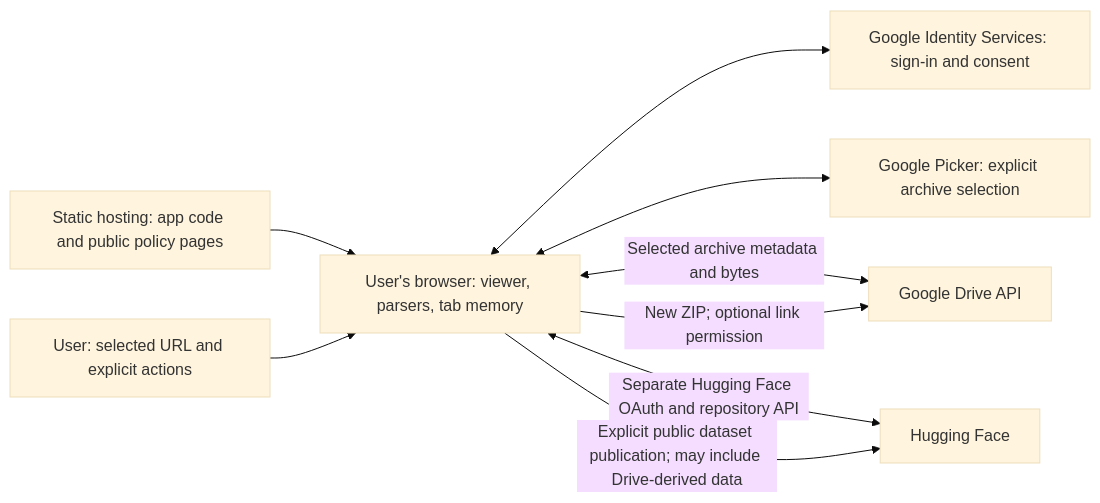
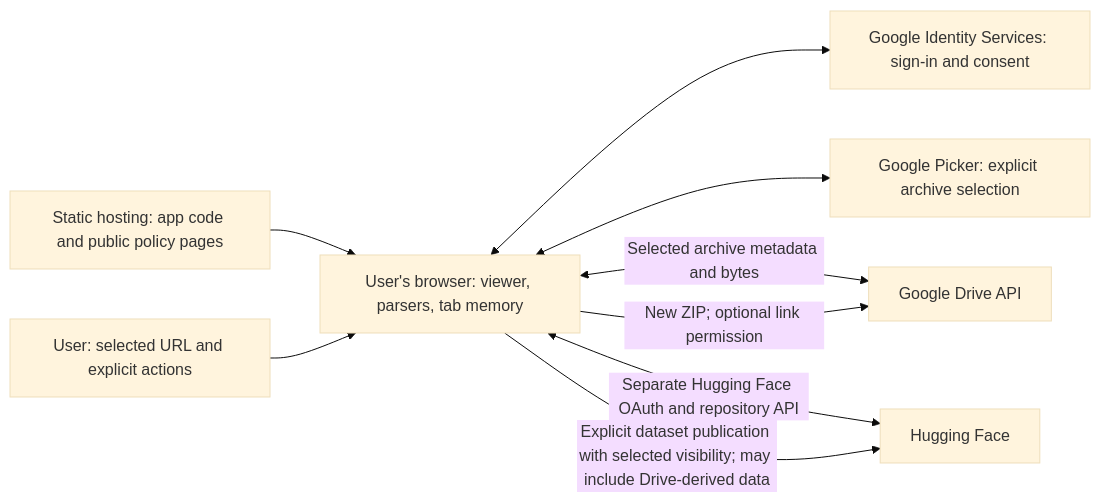
The diagram in docs/google-oauth-verification.md (ColmapView/Colmapview.github.io), drawn with Mermaid (base theme) before and after one commit. The commit also changed other lines of this file and 29 other files, not shown here.

````diff
--- a/docs/google-oauth-verification.md
+++ b/docs/google-oauth-verification.md
@@ -108,11 +108,11 @@
 ```mermaid
 flowchart LR
   Host["Static hosting: app code and public policy pages"] --> Browser["User's browser: viewer, parsers, tab memory"]
   User["User: selected URL and explicit actions"] --> Browser
   Browser <--> GIS["Google Identity Services: sign-in and consent"]
   Browser <--> Picker["Google Picker: explicit archive selection"]
   Browser <-->|"Selected archive metadata and bytes"| Drive["Google Drive API"]
   Browser -->|"New ZIP; optional link permission"| Drive
   Browser <-->|"Separate Hugging Face OAuth and repository API"| HF["Hugging Face"]
-  Browser -->|"Explicit public dataset publication; may include Drive-derived data"| HF
+  Browser -->|"Explicit dataset publication with selected visibility; may include Drive-derived data"| HF
 ```
````
